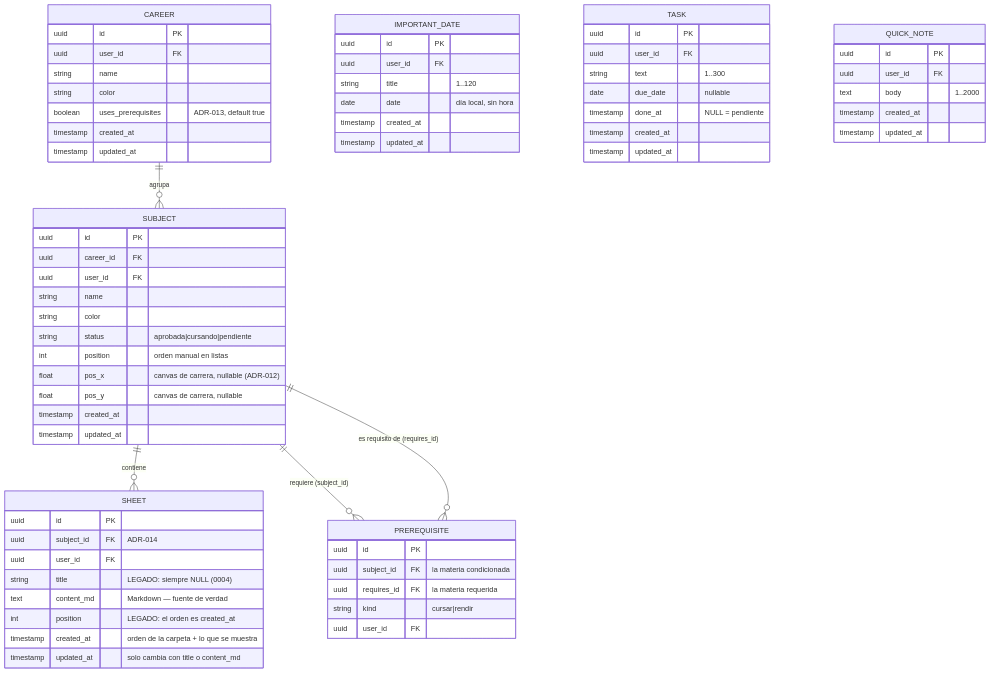
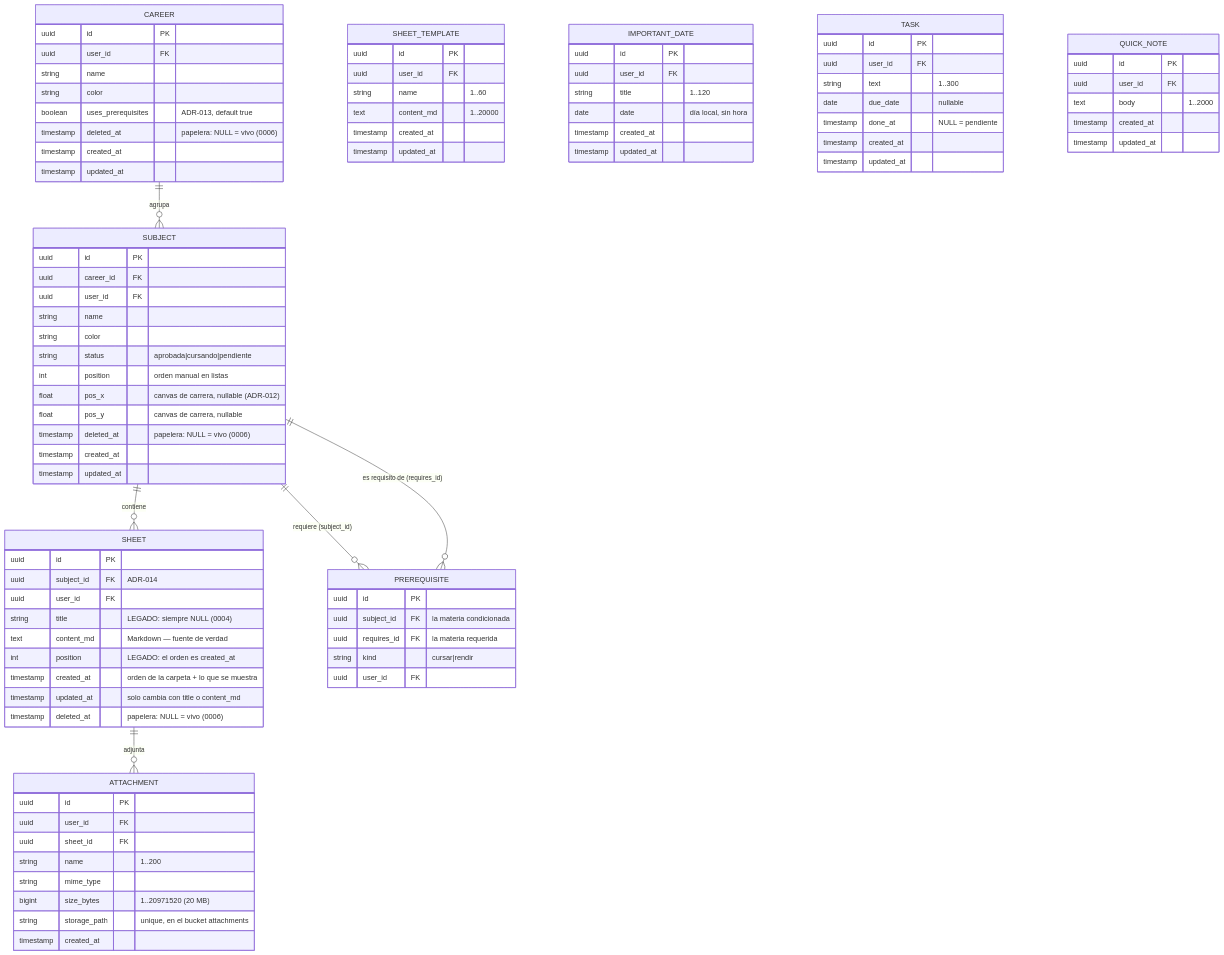
One commit to Code7C26/Studree changed the diagram in docs/DB_SCHEMA.md. Above: the diagram before and after it, drawn with Mermaid. The commit also changed other lines of this file and 2 other files, not shown here.

Commit message:
feat(db): migracion 0006 - papelera, adjuntos (bucket privado) y plantillas

```diff
--- a/docs/DB_SCHEMA.md
+++ b/docs/DB_SCHEMA.md
@@ -32,6 +32,7 @@
 erDiagram
     CAREER ||--o{ SUBJECT : agrupa
     SUBJECT ||--o{ SHEET : contiene
+    SHEET ||--o{ ATTACHMENT : adjunta
     SUBJECT ||--o{ PREREQUISITE : "requiere (subject_id)"
     SUBJECT ||--o{ PREREQUISITE : "es requisito de (requires_id)"
 
@@ -41,6 +42,7 @@
         string name
         string color
         boolean uses_prerequisites "ADR-013, default true"
+        timestamp deleted_at "papelera: NULL = vivo (0006)"
         timestamp created_at
         timestamp updated_at
     }
@@ -54,6 +56,7 @@
         int position "orden manual en listas"
         float pos_x "canvas de carrera, nullable (ADR-012)"
         float pos_y "canvas de carrera, nullable"
+        timestamp deleted_at "papelera: NULL = vivo (0006)"
         timestamp created_at
         timestamp updated_at
     }
@@ -73,6 +76,25 @@
         int position "LEGADO: el orden es created_at"
         timestamp created_at "orden de la carpeta + lo que se muestra"
         timestamp updated_at "solo cambia con title o content_md"
+        timestamp deleted_at "papelera: NULL = vivo (0006)"
+    }
+    ATTACHMENT {
+        uuid id PK
+        uuid user_id FK
+        uuid sheet_id FK
+        string name "1..200"
+        string mime_type
+        bigint size_bytes "1..20971520 (20 MB)"
+        string storage_path "unique, en el bucket attachments"
+        timestamp created_at
+    }
+    SHEET_TEMPLATE {
+        uuid id PK
+        uuid user_id FK
+        string name "1..60"
+        text content_md "1..20000"
+        timestamp created_at
+        timestamp updated_at
     }
     IMPORTANT_DATE {
         uuid id PK
```
